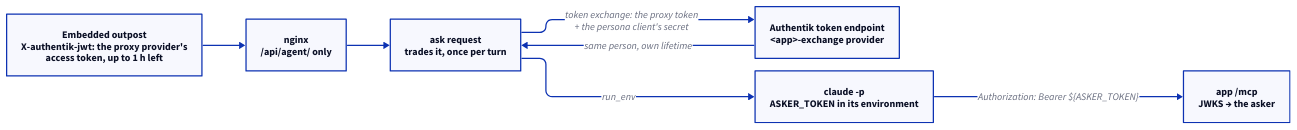
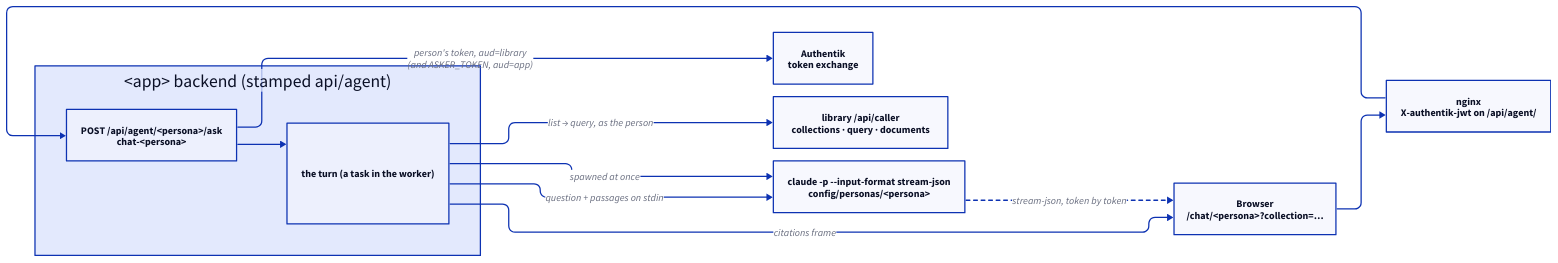
Before and after one commit to radar-hooves/app-factory: the diagram in docs/design/agent-console.md, drawn with D2. The commit also changed other lines of this file and 27 other files, not shown here.

First line of the commit message:
docs: the agent console is a persona over collections; the exchange takes godswood's corrections (consumer: master for caspo, godswood, eight and pebblestone, master-project#380)

````diff
--- a/docs/design/agent-console.md
+++ b/docs/design/agent-console.md
@@ -233,17 +11,23 @@
 ```d2
 vars: {d2-config: {layout-engine: elk}}
 direction: right
 
-outpost: "Embedded outpost\nX-authentik-jwt: the proxy provider's\naccess token, up to 1 h left"
-nginx: "nginx\n/api/agent/ only"
-ask: "ask request\ntrades it, once per turn"
-ak: "Authentik token endpoint\n<app>-exchange provider"
-run: "claude -p\nASKER_TOKEN in its environment"
-mcp: "app /mcp\nJWKS → the asker"
+page: "Browser\n/chat/<persona>?collection=…"
+nginx: "nginx\nX-authentik-jwt on /api/agent/"
+app: "<app> backend (stamped api/agent)" {
+  ask: "POST /api/agent/<persona>/ask\nchat-<persona>"
+  turn: "the turn (a task in the worker)"
+}
+ak: "Authentik\ntoken exchange"
+lib: "library /api/caller\ncollections · query · documents"
+cli: "claude -p --input-format stream-json\nconfig/personas/<persona>"
 
-outpost -> nginx -> ask
-ask -> ak: "token exchange: the proxy token\n+ the persona client's secret"
-ak -> ask: "same person, own lifetime"
-ask -> run: "run_env"
-run -> mcp: 'Authorization: Bearer ${ASKER_TOKEN}'
+page -> nginx -> app.ask
+app.ask -> ak: "person's token, aud=library\n(and ASKER_TOKEN, aud=app)"
+app.ask -> app.turn
+app.turn -> cli: "spawned at once"
+app.turn -> lib: "list → query, as the person"
+app.turn -> page: "citations frame"
+app.turn -> cli: "question + passages on stdin"
+cli -> page: "stream-json, token by token" {style.stroke-dash: 3}
 ```
````
